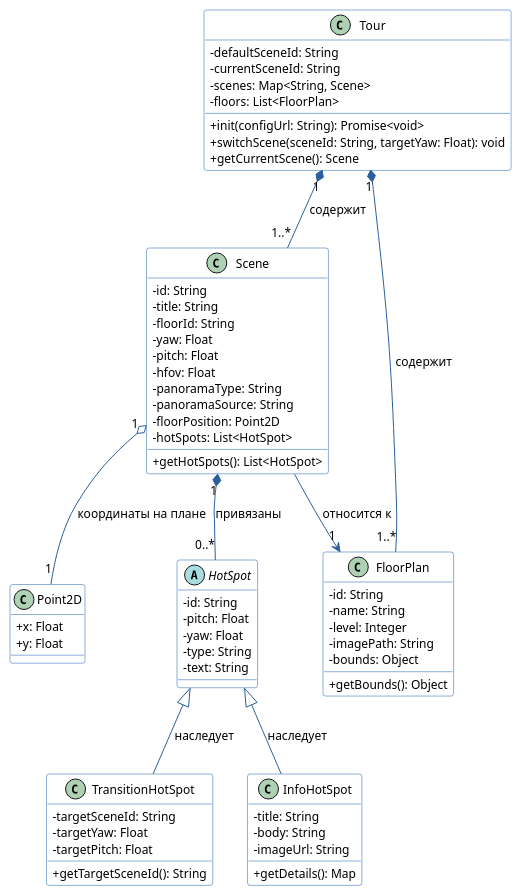
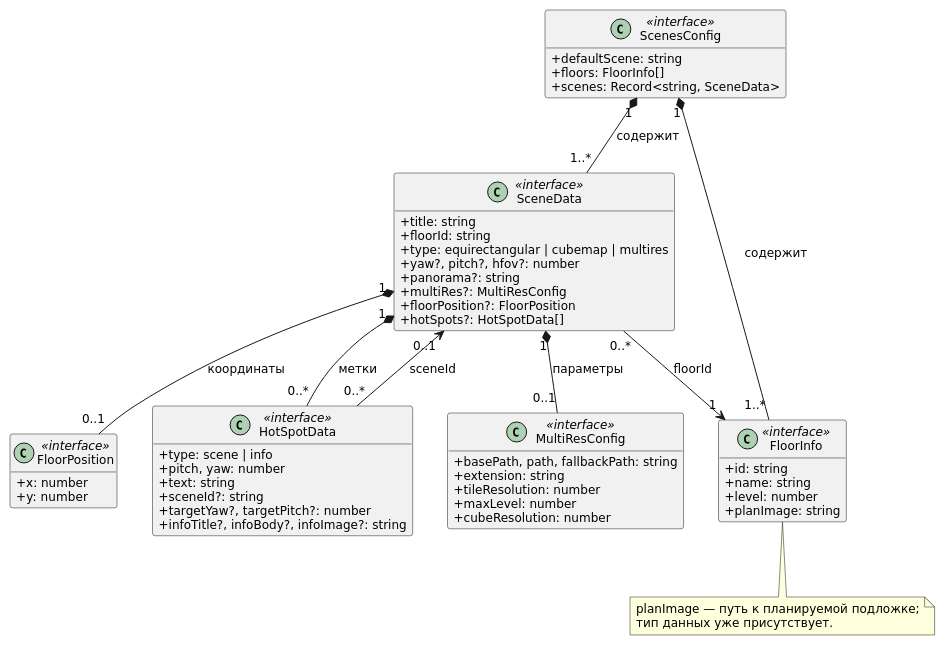
One commit to Ely1266/miigaik-virtual-tour changed the diagram in docs/uml/classes.puml. Above: the diagram before and after it, drawn with PlantUML. The commit also changed 3 other files, not shown here.

```diff
--- a/docs/uml/classes.puml
+++ b/docs/uml/classes.puml
@@ -1,82 +1,58 @@
 @startuml classes
 skinparam classAttributeIconSize 0
-skinparam defaultFontName "Segoe UI", Arial, sans-serif
+skinparam defaultFontName "DejaVu Sans"
 skinparam defaultFontSize 12
-
-skinparam class {
-    BackgroundColor #FFFFFF
-    BorderColor #1A5FB4
-    ArrowColor #2A609E
+hide methods
+hide empty members
+class ScenesConfig <<interface>> {
+  + defaultScene: string
+  + floors: FloorInfo[]
+  + scenes: Record<string, SceneData>
 }
-
-class Tour {
-    - defaultSceneId: String
-    - currentSceneId: String
-    - scenes: Map<String, Scene>
-    - floors: List<FloorPlan>
-    + init(configUrl: String): Promise<void>
-    + switchScene(sceneId: String, targetYaw: Float): void
-    + getCurrentScene(): Scene
+class SceneData <<interface>> {
+  + title: string
+  + floorId: string
+  + type: equirectangular | cubemap | multires
+  + yaw?, pitch?, hfov?: number
+  + panorama?: string
+  + multiRes?: MultiResConfig
+  + floorPosition?: FloorPosition
+  + hotSpots?: HotSpotData[]
 }
-
-class Scene {
-    - id: String
-    - title: String
-    - floorId: String
-    - yaw: Float
-    - pitch: Float
-    - hfov: Float
-    - panoramaType: String
-    - panoramaSource: String
-    - floorPosition: Point2D
-    - hotSpots: List<HotSpot>
-    + getHotSpots(): List<HotSpot>
+class FloorInfo <<interface>> {
+  + id: string
+  + name: string
+  + level: number
+  + planImage: string
 }
-
-class Point2D {
-    + x: Float
-    + y: Float
+class FloorPosition <<interface>> {
+  + x: number
+  + y: number
 }
-
-abstract class HotSpot {
-    - id: String
-    - pitch: Float
-    - yaw: Float
-    - type: String
-    - text: String
+class HotSpotData <<interface>> {
+  + type: scene | info
+  + pitch, yaw: number
+  + text: string
+  + sceneId?: string
+  + targetYaw?, targetPitch?: number
+  + infoTitle?, infoBody?, infoImage?: string
 }
-
-class TransitionHotSpot {
-    - targetSceneId: String
-    - targetYaw: Float
-    - targetPitch: Float
-    + getTargetSceneId(): String
+class MultiResConfig <<interface>> {
+  + basePath, path, fallbackPath: string
+  + extension: string
+  + tileResolution: number
+  + maxLevel: number
+  + cubeResolution: number
 }
-
-class InfoHotSpot {
-    - title: String
-    - body: String
-    - imageUrl: String
-    + getDetails(): Map
-}
-
-class FloorPlan {
-    - id: String
-    - name: String
-    - level: Integer
-    - imagePath: String
-    - bounds: Object
-    + getBounds(): Object
-}
-
-' Отношения между классами
-Tour "1" *-- "1..*" Scene : содержит
-Tour "1" *-- "1..*" FloorPlan : содержит
-Scene "1" *-- "0..*" HotSpot : привязаны
-Scene "1" o-- "1" Point2D : координаты на плане
-Scene --> "1" FloorPlan : относится к
-
-HotSpot <|-- TransitionHotSpot : наследует
-HotSpot <|-- InfoHotSpot : наследует
-
+ScenesConfig "1" *-- "1..*" SceneData : содержит
+ScenesConfig "1" *-- "1..*" FloorInfo : содержит
+SceneData "1" *-- "0..*" HotSpotData : метки
+SceneData "1" *-- "0..1" FloorPosition : координаты
+SceneData "1" *-- "0..1" MultiResConfig : параметры
+SceneData "0..*" --> "1" FloorInfo : floorId
+HotSpotData "0..*" --> "0..1" SceneData : sceneId
+note bottom of FloorInfo
+  planImage — путь к планируемой подложке;
+  тип данных уже присутствует.
+end note
 @enduml
```
